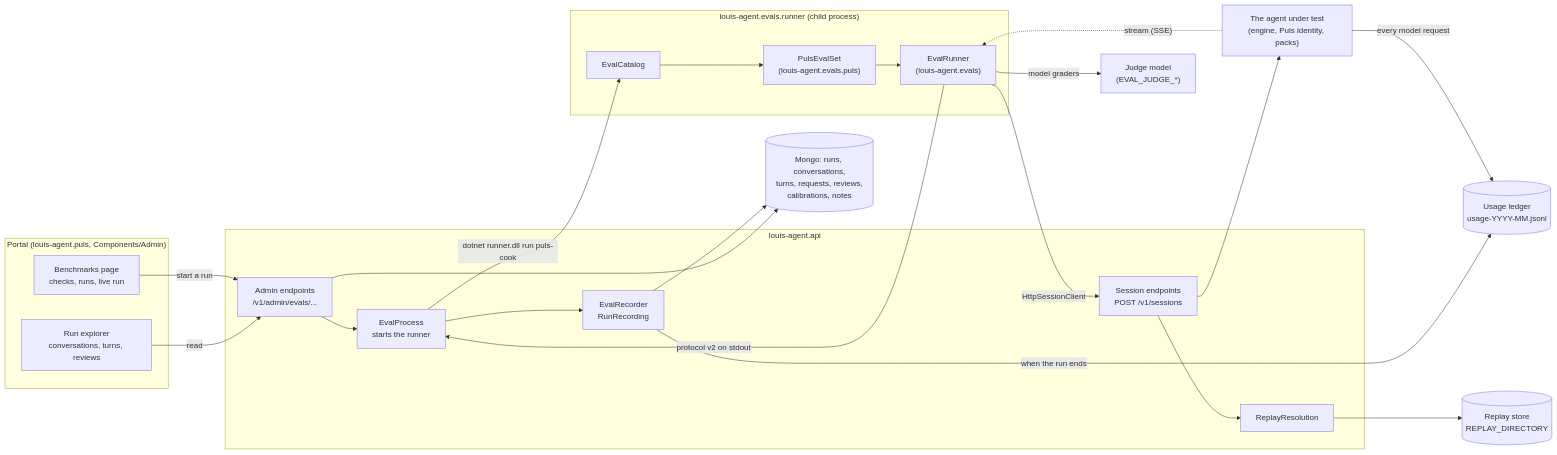
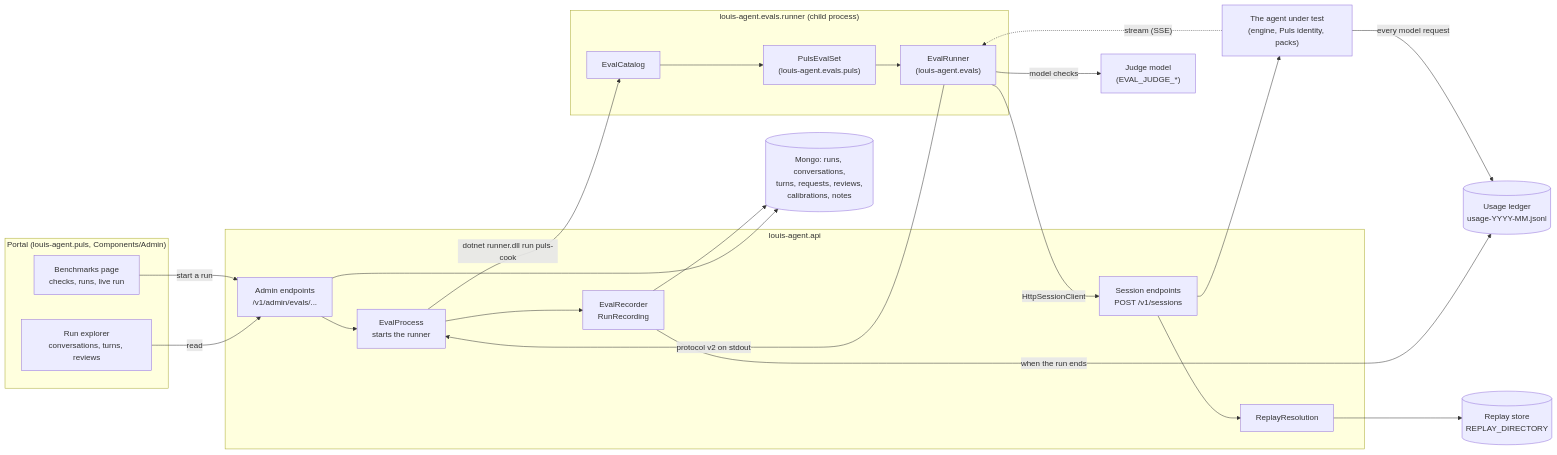
The first of 4 diagrams in docs/architecture/evals.md (bosbevk/louis-agent), drawn with Mermaid before and after one commit. The commit also changed other lines of this file and 22 other files, not shown here.

````diff
--- a/docs/architecture/evals.md
+++ b/docs/architecture/evals.md
@@ -21,35 +21,35 @@
 ```mermaid
 flowchart LR
   subgraph Portal["Portal (louis-agent.puls, Components/Admin)"]
     Bench["Benchmarks page<br/>checks, runs, live run"]
     Explorer["Run explorer<br/>conversations, turns, reviews"]
   end
   subgraph API["louis-agent.api"]
     Admin["Admin endpoints<br/>/v1/admin/evals/..."]
     Proc["EvalProcess<br/>starts the runner"]
     Rec["EvalRecorder<br/>RunRecording"]
     Sessions["Session endpoints<br/>POST /v1/sessions"]
     Replay["ReplayResolution"]
   end
   subgraph Runner["louis-agent.evals.runner (child process)"]
     Cat["EvalCatalog"]
     Harness["EvalRunner<br/>(louis-agent.evals)"]
     Set["PulsEvalSet<br/>(louis-agent.evals.puls)"]
   end
   Agent["The agent under test<br/>(engine, Puls identity, packs)"]
   Store[("Mongo: runs, conversations,<br/>turns, requests, reviews,<br/>calibrations, notes")]
   Ledger[("Usage ledger<br/>usage-YYYY-MM.jsonl")]
   RStore[("Replay store<br/>REPLAY_DIRECTORY")]
   Judge["Judge model<br/>(EVAL_JUDGE_*)"]
 
   Bench -->|"start a run"| Admin --> Proc -->|"dotnet runner.dll run puls-cook"| Cat
   Cat --> Set --> Harness
   Harness -->|"HttpSessionClient"| Sessions --> Agent
   Sessions --> Replay --> RStore
   Agent -->|"every model request"| Ledger
   Agent -.->|"stream (SSE)"| Harness
-  Harness -->|"model graders"| Judge
+  Harness -->|"model checks"| Judge
   Harness -->|"protocol v2 on stdout"| Proc --> Rec --> Store
   Rec -->|"when the run ends"| Ledger
   Explorer -->|"read"| Admin --> Store
 ```
````
